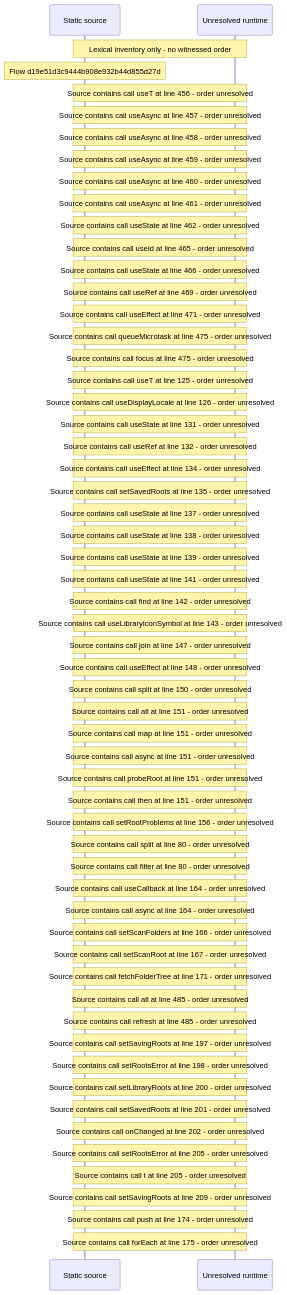
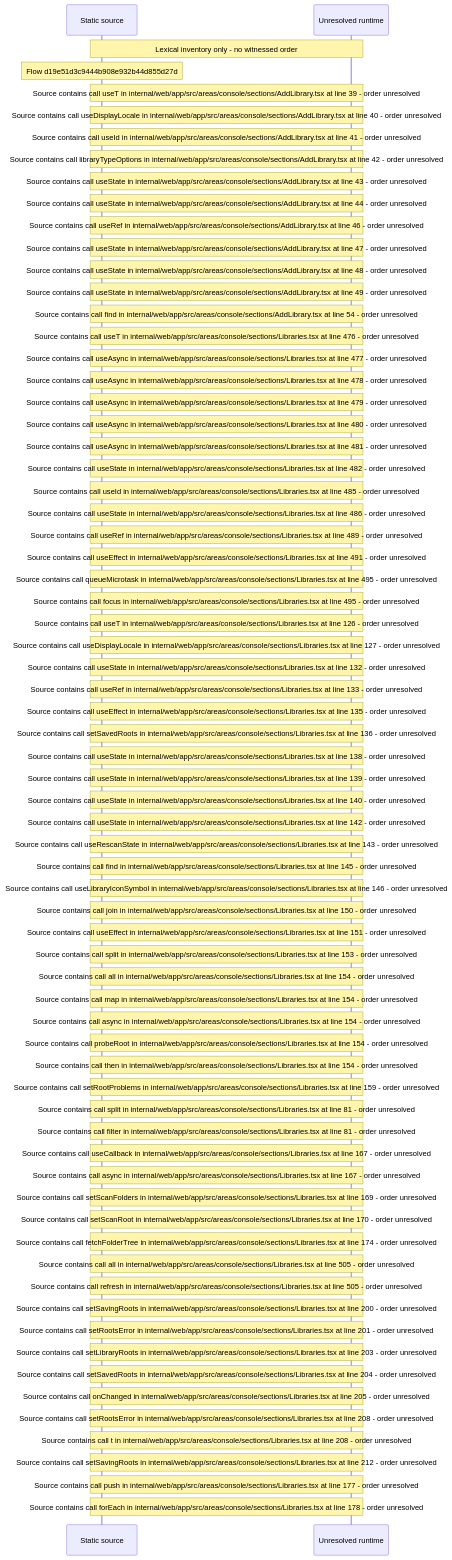
The diagram in docs/web/flows/generated/d19e51d3c9444b908e932b44d855d27d/flow-diagram.md (beamfall/core), drawn with Mermaid before and after one commit. The commit also changed other lines of this file and 715 other files, not shown here.

Commit message:
Regenerate the web flow record on the landing stack head (CORE-1762)

````diff
--- a/docs/web/flows/generated/d19e51d3c9444b908e932b44d855d27d/flow-diagram.md
+++ b/docs/web/flows/generated/d19e51d3c9444b908e932b44d855d27d/flow-diagram.md
@@ -10,60 +10,72 @@
 ```mermaid
 sequenceDiagram
     participant S as Static source
     participant U as Unresolved runtime
     Note over S,U: Lexical inventory only - no witnessed order
     Note over S: Flow d19e51d3c9444b908e932b44d855d27d
-    Note over S,U: Source contains call useT at line 456 - order unresolved
-    Note over S,U: Source contains call useAsync at line 457 - order unresolved
-    Note over S,U: Source contains call useAsync at line 458 - order unresolved
-    Note over S,U: Source contains call useAsync at line 459 - order unresolved
-    Note over S,U: Source contains call useAsync at line 460 - order unresolved
-    Note over S,U: Source contains call useAsync at line 461 - order unresolved
-    Note over S,U: Source contains call useState at line 462 - order unresolved
-    Note over S,U: Source contains call useId at line 465 - order unresolved
-    Note over S,U: Source contains call useState at line 466 - order unresolved
-    Note over S,U: Source contains call useRef at line 469 - order unresolved
-    Note over S,U: Source contains call useEffect at line 471 - order unresolved
-    Note over S,U: Source contains call queueMicrotask at line 475 - order unresolved
-    Note over S,U: Source contains call focus at line 475 - order unresolved
-    Note over S,U: Source contains call useT at line 125 - order unresolved
-    Note over S,U: Source contains call useDisplayLocale at line 126 - order unresolved
-    Note over S,U: Source contains call useState at line 131 - order unresolved
-    Note over S,U: Source contains call useRef at line 132 - order unresolved
-    Note over S,U: Source contains call useEffect at line 134 - order unresolved
-    Note over S,U: Source contains call setSavedRoots at line 135 - order unresolved
-    Note over S,U: Source contains call useState at line 137 - order unresolved
-    Note over S,U: Source contains call useState at line 138 - order unresolved
-    Note over S,U: Source contains call useState at line 139 - order unresolved
-    Note over S,U: Source contains call useState at line 141 - order unresolved
-    Note over S,U: Source contains call find at line 142 - order unresolved
-    Note over S,U: Source contains call useLibraryIconSymbol at line 143 - order unresolved
-    Note over S,U: Source contains call join at line 147 - order unresolved
-    Note over S,U: Source contains call useEffect at line 148 - order unresolved
-    Note over S,U: Source contains call split at line 150 - order unresolved
-    Note over S,U: Source contains call all at line 151 - order unresolved
-    Note over S,U: Source contains call map at line 151 - order unresolved
-    Note over S,U: Source contains call async at line 151 - order unresolved
-    Note over S,U: Source contains call probeRoot at line 151 - order unresolved
-    Note over S,U: Source contains call then at line 151 - order unresolved
-    Note over S,U: Source contains call setRootProblems at line 156 - order unresolved
-    Note over S,U: Source contains call split at line 80 - order unresolved
-    Note over S,U: Source contains call filter at line 80 - order unresolved
-    Note over S,U: Source contains call useCallback at line 164 - order unresolved
-    Note over S,U: Source contains call async at line 164 - order unresolved
-    Note over S,U: Source contains call setScanFolders at line 166 - order unresolved
-    Note over S,U: Source contains call setScanRoot at line 167 - order unresolved
-    Note over S,U: Source contains call fetchFolderTree at line 171 - order unresolved
-    Note over S,U: Source contains call all at line 485 - order unresolved
-    Note over S,U: Source contains call refresh at line 485 - order unresolved
-    Note over S,U: Source contains call setSavingRoots at line 197 - order unresolved
-    Note over S,U: Source contains call setRootsError at line 198 - order unresolved
-    Note over S,U: Source contains call setLibraryRoots at line 200 - order unresolved
-    Note over S,U: Source contains call setSavedRoots at line 201 - order unresolved
-    Note over S,U: Source contains call onChanged at line 202 - order unresolved
-    Note over S,U: Source contains call setRootsError at line 205 - order unresolved
-    Note over S,U: Source contains call t at line 205 - order unresolved
-    Note over S,U: Source contains call setSavingRoots at line 209 - order unresolved
-    Note over S,U: Source contains call push at line 174 - order unresolved
-    Note over S,U: Source contains call forEach at line 175 - order unresolved
+    Note over S,U: Source contains call useT in internal/web/app/src/areas/console/sections/AddLibrary.tsx at line 39 - order unresolved
+    Note over S,U: Source contains call useDisplayLocale in internal/web/app/src/areas/console/sections/AddLibrary.tsx at line 40 - order unresolved
+    Note over S,U: Source contains call useId in internal/web/app/src/areas/console/sections/AddLibrary.tsx at line 41 - order unresolved
+    Note over S,U: Source contains call libraryTypeOptions in internal/web/app/src/areas/console/sections/AddLibrary.tsx at line 42 - order unresolved
+    Note over S,U: Source contains call useState in internal/web/app/src/areas/console/sections/AddLibrary.tsx at line 43 - order unresolved
+    Note over S,U: Source contains call useState in internal/web/app/src/areas/console/sections/AddLibrary.tsx at line 44 - order unresolved
+    Note over S,U: Source contains call useRef in internal/web/app/src/areas/console/sections/AddLibrary.tsx at line 46 - order unresolved
+    Note over S,U: Source contains call useState in internal/web/app/src/areas/console/sections/AddLibrary.tsx at line 47 - order unresolved
+    Note over S,U: Source contains call useState in internal/web/app/src/areas/console/sections/AddLibrary.tsx at line 48 - order unresolved
+    Note over S,U: Source contains call useState in internal/web/app/src/areas/console/sections/AddLibrary.tsx at line 49 - order unresolved
+    Note over S,U: Source contains call find in internal/web/app/src/areas/console/sections/AddLibrary.tsx at line 54 - order unresolved
+    Note over S,U: Source contains call useT in internal/web/app/src/areas/console/sections/Libraries.tsx at line 476 - order unresolved
+    Note over S,U: Source contains call useAsync in internal/web/app/src/areas/console/sections/Libraries.tsx at line 477 - order unresolved
+    Note over S,U: Source contains call useAsync in internal/web/app/src/areas/console/sections/Libraries.tsx at line 478 - order unresolved
+    Note over S,U: Source contains call useAsync in internal/web/app/src/areas/console/sections/Libraries.tsx at line 479 - order unresolved
+    Note over S,U: Source contains call useAsync in internal/web/app/src/areas/console/sections/Libraries.tsx at line 480 - order unresolved
+    Note over S,U: Source contains call useAsync in internal/web/app/src/areas/console/sections/Libraries.tsx at line 481 - order unresolved
+    Note over S,U: Source contains call useState in internal/web/app/src/areas/console/sections/Libraries.tsx at line 482 - order unresolved
+    Note over S,U: Source contains call useId in internal/web/app/src/areas/console/sections/Libraries.tsx at line 485 - order unresolved
+    Note over S,U: Source contains call useState in internal/web/app/src/areas/console/sections/Libraries.tsx at line 486 - order unresolved
+    Note over S,U: Source contains call useRef in internal/web/app/src/areas/console/sections/Libraries.tsx at line 489 - order unresolved
+    Note over S,U: Source contains call useEffect in internal/web/app/src/areas/console/sections/Libraries.tsx at line 491 - order unresolved
+    Note over S,U: Source contains call queueMicrotask in internal/web/app/src/areas/console/sections/Libraries.tsx at line 495 - order unresolved
+    Note over S,U: Source contains call focus in internal/web/app/src/areas/console/sections/Libraries.tsx at line 495 - order unresolved
+    Note over S,U: Source contains call useT in internal/web/app/src/areas/console/sections/Libraries.tsx at line 126 - order unresolved
+    Note over S,U: Source contains call useDisplayLocale in internal/web/app/src/areas/console/sections/Libraries.tsx at line 127 - order unresolved
+    Note over S,U: Source contains call useState in internal/web/app/src/areas/console/sections/Libraries.tsx at line 132 - order unresolved
+    Note over S,U: Source contains call useRef in internal/web/app/src/areas/console/sections/Libraries.tsx at line 133 - order unresolved
+    Note over S,U: Source contains call useEffect in internal/web/app/src/areas/console/sections/Libraries.tsx at line 135 - order unresolved
+    Note over S,U: Source contains call setSavedRoots in internal/web/app/src/areas/console/sections/Libraries.tsx at line 136 - order unresolved
+    Note over S,U: Source contains call useState in internal/web/app/src/areas/console/sections/Libraries.tsx at line 138 - order unresolved
+    Note over S,U: Source contains call useState in internal/web/app/src/areas/console/sections/Libraries.tsx at line 139 - order unresolved
+    Note over S,U: Source contains call useState in internal/web/app/src/areas/console/sections/Libraries.tsx at line 140 - order unresolved
+    Note over S,U: Source contains call useState in internal/web/app/src/areas/console/sections/Libraries.tsx at line 142 - order unresolved
+    Note over S,U: Source contains call useRescanState in internal/web/app/src/areas/console/sections/Libraries.tsx at line 143 - order unresolved
+    Note over S,U: Source contains call find in internal/web/app/src/areas/console/sections/Libraries.tsx at line 145 - order unresolved
+    Note over S,U: Source contains call useLibraryIconSymbol in internal/web/app/src/areas/console/sections/Libraries.tsx at line 146 - order unresolved
+    Note over S,U: Source contains call join in internal/web/app/src/areas/console/sections/Libraries.tsx at line 150 - order unresolved
+    Note over S,U: Source contains call useEffect in internal/web/app/src/areas/console/sections/Libraries.tsx at line 151 - order unresolved
+    Note over S,U: Source contains call split in internal/web/app/src/areas/console/sections/Libraries.tsx at line 153 - order unresolved
+    Note over S,U: Source contains call all in internal/web/app/src/areas/console/sections/Libraries.tsx at line 154 - order unresolved
+    Note over S,U: Source contains call map in internal/web/app/src/areas/console/sections/Libraries.tsx at line 154 - order unresolved
+    Note over S,U: Source contains call async in internal/web/app/src/areas/console/sections/Libraries.tsx at line 154 - order unresolved
+    Note over S,U: Source contains call probeRoot in internal/web/app/src/areas/console/sections/Libraries.tsx at line 154 - order unresolved
+    Note over S,U: Source contains call then in internal/web/app/src/areas/console/sections/Libraries.tsx at line 154 - order unresolved
+    Note over S,U: Source contains call setRootProblems in internal/web/app/src/areas/console/sections/Libraries.tsx at line 159 - order unresolved
+    Note over S,U: Source contains call split in internal/web/app/src/areas/console/sections/Libraries.tsx at line 81 - order unresolved
+    Note over S,U: Source contains call filter in internal/web/app/src/areas/console/sections/Libraries.tsx at line 81 - order unresolved
+    Note over S,U: Source contains call useCallback in internal/web/app/src/areas/console/sections/Libraries.tsx at line 167 - order unresolved
+    Note over S,U: Source contains call async in internal/web/app/src/areas/console/sections/Libraries.tsx at line 167 - order unresolved
+    Note over S,U: Source contains call setScanFolders in internal/web/app/src/areas/console/sections/Libraries.tsx at line 169 - order unresolved
+    Note over S,U: Source contains call setScanRoot in internal/web/app/src/areas/console/sections/Libraries.tsx at line 170 - order unresolved
+    Note over S,U: Source contains call fetchFolderTree in internal/web/app/src/areas/console/sections/Libraries.tsx at line 174 - order unresolved
+    Note over S,U: Source contains call all in internal/web/app/src/areas/console/sections/Libraries.tsx at line 505 - order unresolved
+    Note over S,U: Source contains call refresh in internal/web/app/src/areas/console/sections/Libraries.tsx at line 505 - order unresolved
+    Note over S,U: Source contains call setSavingRoots in internal/web/app/src/areas/console/sections/Libraries.tsx at line 200 - order unresolved
+    Note over S,U: Source contains call setRootsError in internal/web/app/src/areas/console/sections/Libraries.tsx at line 201 - order unresolved
+    Note over S,U: Source contains call setLibraryRoots in internal/web/app/src/areas/console/sections/Libraries.tsx at line 203 - order unresolved
+    Note over S,U: Source contains call setSavedRoots in internal/web/app/src/areas/console/sections/Libraries.tsx at line 204 - order unresolved
+    Note over S,U: Source contains call onChanged in internal/web/app/src/areas/console/sections/Libraries.tsx at line 205 - order unresolved
+    Note over S,U: Source contains call setRootsError in internal/web/app/src/areas/console/sections/Libraries.tsx at line 208 - order unresolved
+    Note over S,U: Source contains call t in internal/web/app/src/areas/console/sections/Libraries.tsx at line 208 - order unresolved
+    Note over S,U: Source contains call setSavingRoots in internal/web/app/src/areas/console/sections/Libraries.tsx at line 212 - order unresolved
+    Note over S,U: Source contains call push in internal/web/app/src/areas/console/sections/Libraries.tsx at line 177 - order unresolved
+    Note over S,U: Source contains call forEach in internal/web/app/src/areas/console/sections/Libraries.tsx at line 178 - order unresolved
 ```
````
